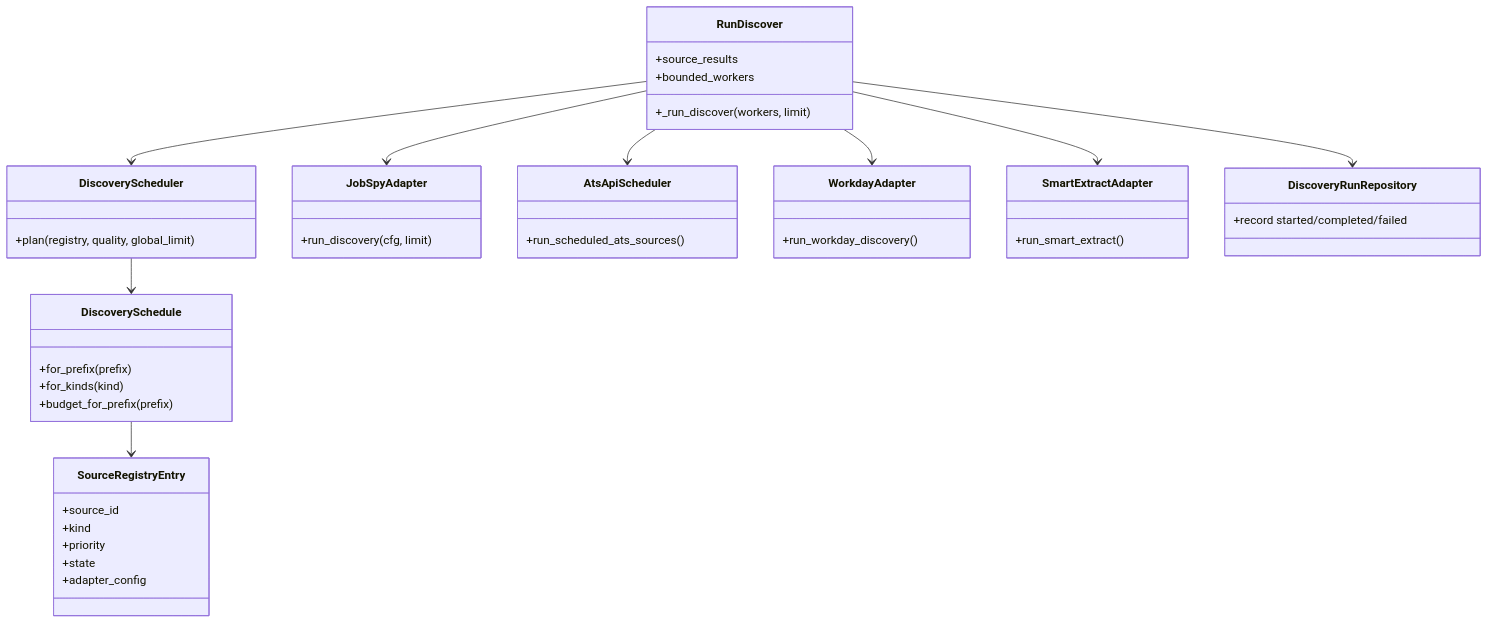
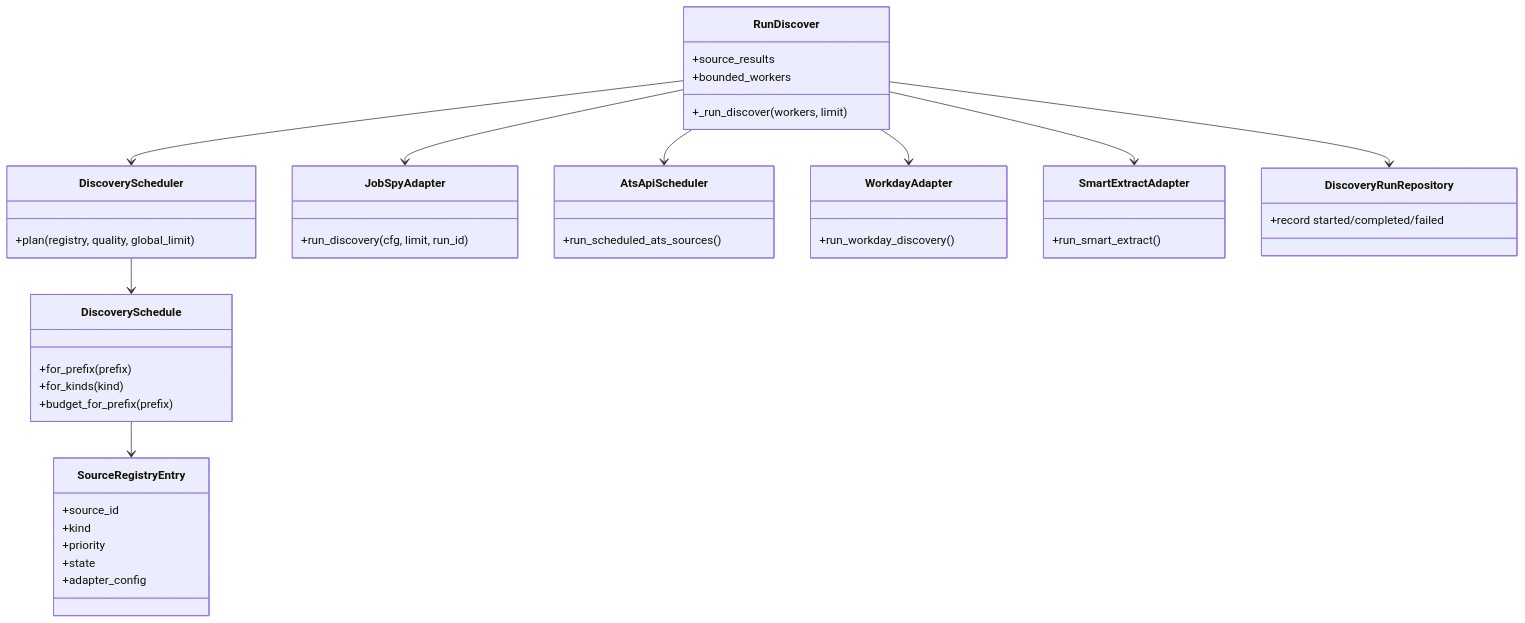
The fourth of 15 diagrams in docs/job-pipeline-architecture.md (ebarti/JobCtrl), drawn with Mermaid before and after one commit. The commit also changed other lines of this file and 14 other files, not shown here.

````diff
--- a/docs/job-pipeline-architecture.md
+++ b/docs/job-pipeline-architecture.md
@@ -264,47 +264,47 @@
 ```mermaid
 classDiagram
     class RunDiscover {
       +_run_discover(workers, limit)
       +source_results
       +bounded_workers
     }
     class DiscoveryScheduler {
       +plan(registry, quality, global_limit)
     }
     class DiscoverySchedule {
       +for_prefix(prefix)
       +for_kinds(kind)
       +budget_for_prefix(prefix)
     }
     class SourceRegistryEntry {
       +source_id
       +kind
       +priority
       +state
       +adapter_config
     }
     class JobSpyAdapter {
-      +run_discovery(cfg, limit)
+      +run_discovery(cfg, limit, run_id)
     }
     class AtsApiScheduler {
       +run_scheduled_ats_sources()
     }
     class WorkdayAdapter {
       +run_workday_discovery()
     }
     class SmartExtractAdapter {
       +run_smart_extract()
     }
     class DiscoveryRunRepository {
       +record started/completed/failed
     }
 
     RunDiscover --> DiscoveryScheduler
     DiscoveryScheduler --> DiscoverySchedule
     DiscoverySchedule --> SourceRegistryEntry
     RunDiscover --> JobSpyAdapter
     RunDiscover --> AtsApiScheduler
     RunDiscover --> WorkdayAdapter
     RunDiscover --> SmartExtractAdapter
     RunDiscover --> DiscoveryRunRepository
 ```
````
